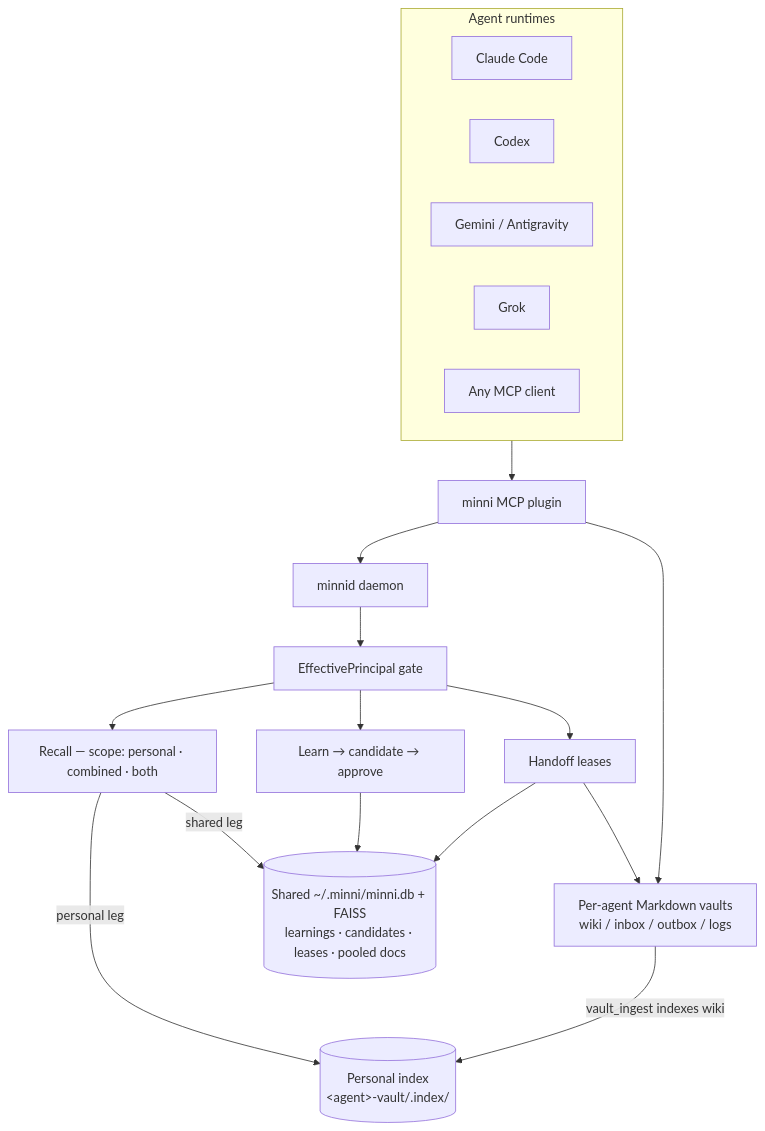
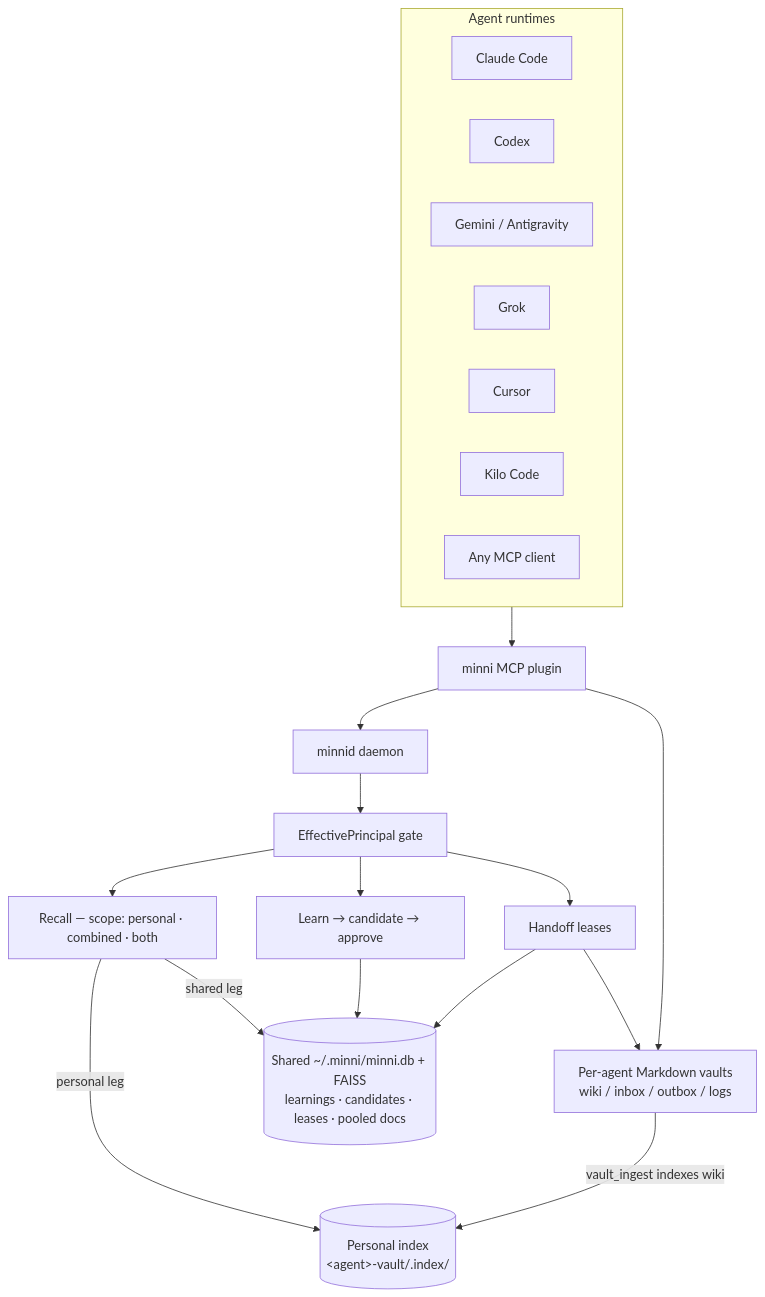
One commit to infektyd/minni changed the diagram in README.md. Above: the diagram before and after it, drawn with Mermaid. The commit also changed other lines of this file and 8 other files, not shown here.

````diff
--- a/README.md
+++ b/README.md
@@ -122,34 +122,36 @@
 ```mermaid
 flowchart TD
     subgraph Runtimes["Agent runtimes"]
       Claude["Claude Code"]
       Codex["Codex"]
       Gemini["Gemini / Antigravity"]
       Grok["Grok"]
+      Cursor["Cursor"]
+      Kilo["Kilo Code"]
       Other["Any MCP client"]
     end
 
     Plugin["minni MCP plugin"]
     Daemon["minnid daemon"]
     Gate["EffectivePrincipal gate"]
     Retrieval["Recall — scope: personal · combined · both"]
     Governance["Learn → candidate → approve"]
     Handoff["Handoff leases"]
 
     Vaults["Per-agent Markdown vaults<br/>wiki / inbox / outbox / logs"]
     Personal[("Personal index<br/>&lt;agent&gt;-vault/.index/")]
     Shared[("Shared ~/.minni/minni.db + FAISS<br/>learnings · candidates · leases · pooled docs")]
 
     Runtimes --> Plugin --> Daemon --> Gate
     Plugin --> Vaults
     Vaults -->|vault_ingest indexes wiki| Personal
 
     Gate --> Retrieval
     Gate --> Governance
     Gate --> Handoff
     Retrieval -->|personal leg| Personal
     Retrieval -->|shared leg| Shared
     Governance --> Shared
     Handoff --> Shared
     Handoff --> Vaults
 ```
````
